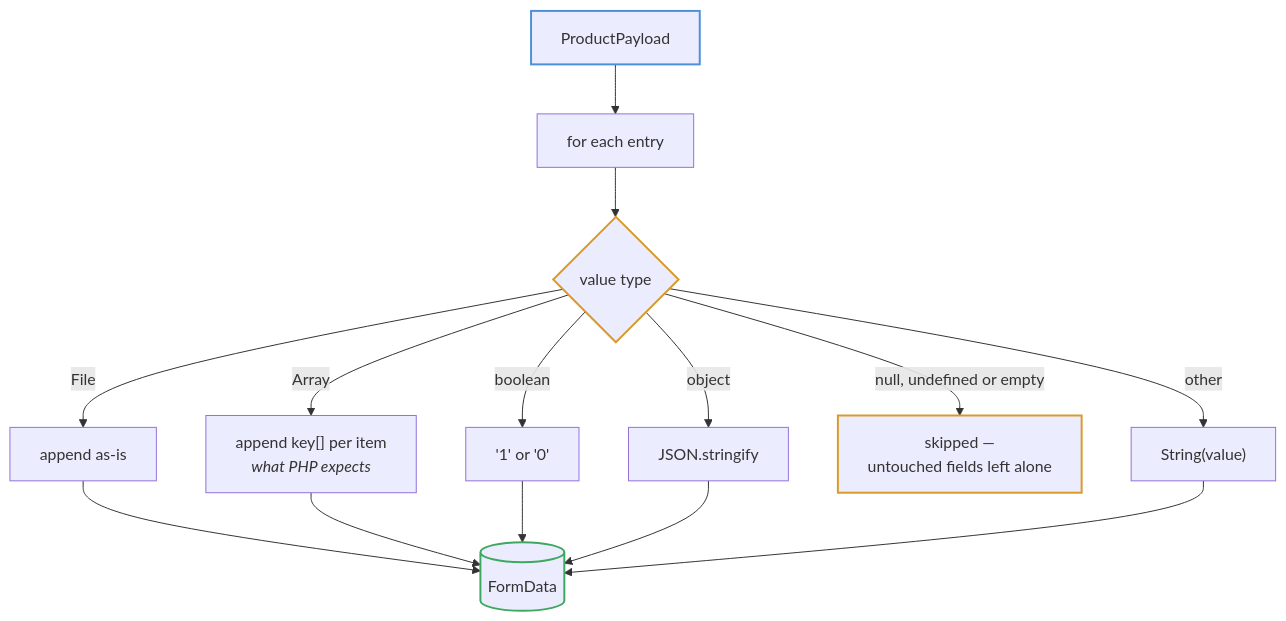
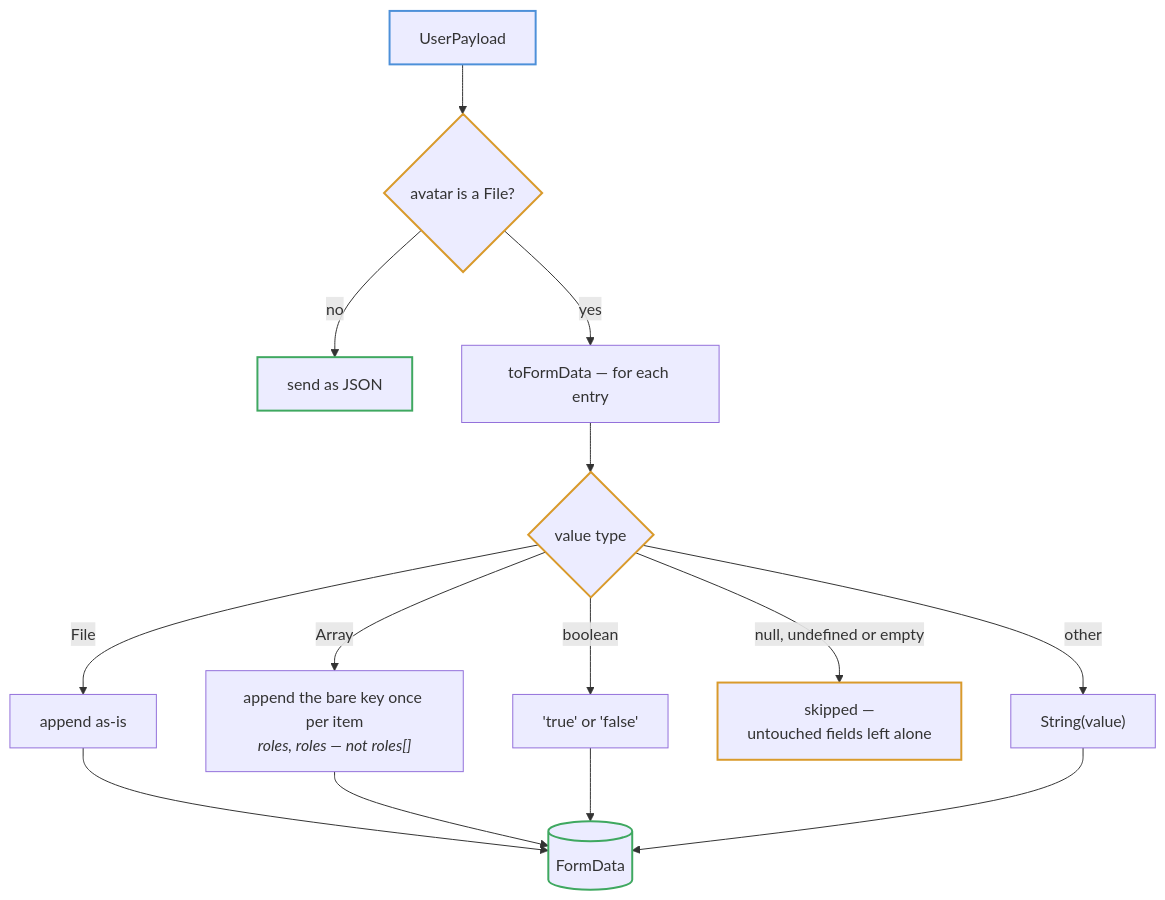
One commit to TGCTZ/TGC-SERVICE-FRONTEND changed the fourth of 5 diagrams in docs/diagrams/mutations.md. Above: the diagram before and after it, drawn with Mermaid. The commit also changed other lines of this file and 18 other files, not shown here.

````diff
--- a/docs/diagrams/mutations.md
+++ b/docs/diagrams/mutations.md
@@ -85,23 +89,25 @@
 ```mermaid
 flowchart TD
-    PAYLOAD["ProductPayload"] --> LOOP["for each entry"]
+    PAYLOAD["UserPayload"] --> HASFILE{"avatar is a File?"}
+    HASFILE -->|no| JSONBODY["send as JSON"]
+    HASFILE -->|yes| LOOP["toFormData — for each entry"]
+
     LOOP --> KIND{"value type"}
-
     KIND -->|File| FILE["append as-is"]
-    KIND -->|Array| ARR["append key[] per item<br/><i>what PHP expects</i>"]
-    KIND -->|boolean| BOOL["'1' or '0'"]
-    KIND -->|object| JSON["JSON.stringify"]
+    KIND -->|Array| ARR["append the bare key once per item<br/><i>roles, roles — not roles[]</i>"]
+    KIND -->|boolean| BOOL["'true' or 'false'"]
     KIND -->|"null, undefined or empty"| SKIP["skipped —<br/>untouched fields left alone"]
     KIND -->|other| STR["String(value)"]
 
     FILE --> FORM[("FormData")]
     ARR --> FORM
     BOOL --> FORM
-    JSON --> FORM
     STR --> FORM
 
     style PAYLOAD stroke:#4d90d9,stroke-width:2px
+    style HASFILE stroke:#d99a2b,stroke-width:2px
     style KIND stroke:#d99a2b,stroke-width:2px
     style SKIP stroke:#d99a2b,stroke-width:2px
+    style JSONBODY stroke:#3fa860,stroke-width:2px
     style FORM stroke:#3fa860,stroke-width:2px
 ```
````
